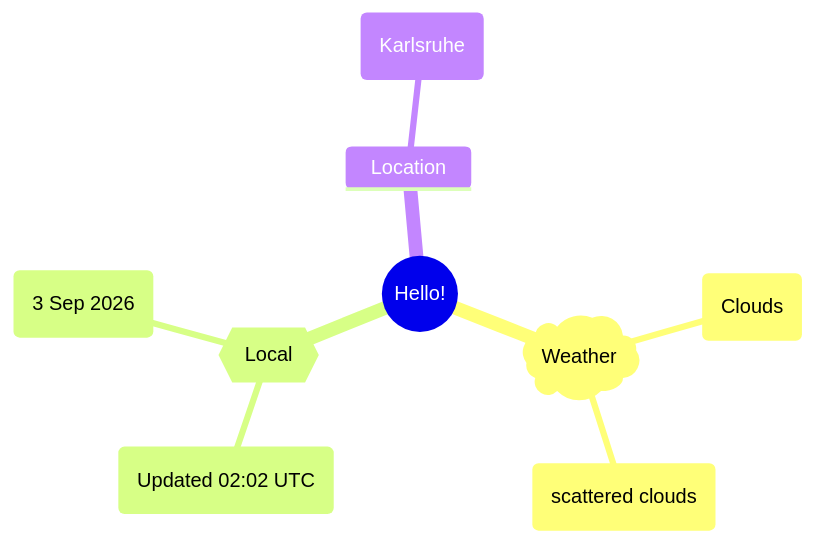
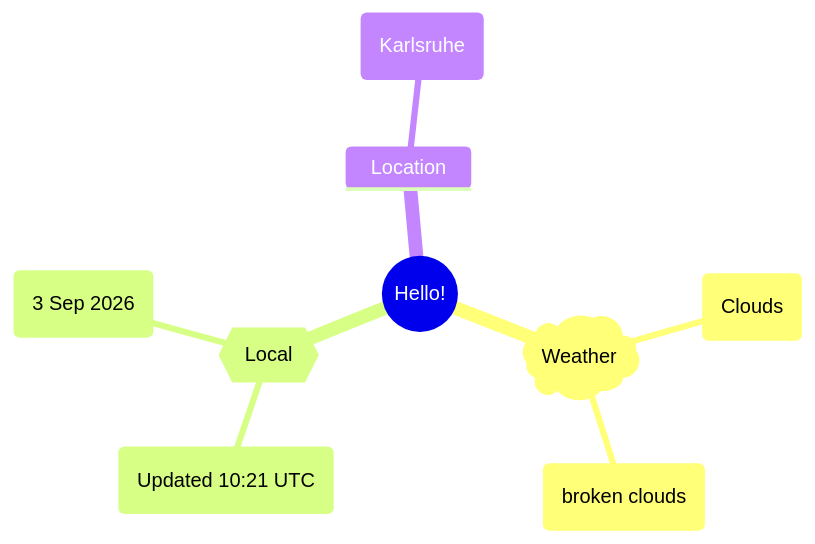
The first of 2 diagrams in README.md (Xosrov/Xosrov), drawn with Mermaid before and after one commit.

Commit message:
[bot] updated images

````diff
--- a/README.md
+++ b/README.md
@@ -3,12 +3,12 @@
 ```mermaid
 mindmap
   root((Hello!))
     )Weather(
         (Clouds)
-        (scattered clouds)
+        (broken clouds)
     {{Local}}
-        (Updated 02:02 UTC)
+        (Updated 10:21 UTC)
         (3 Sep 2026)
     Location
         (Karlsruhe)
 ```
````
